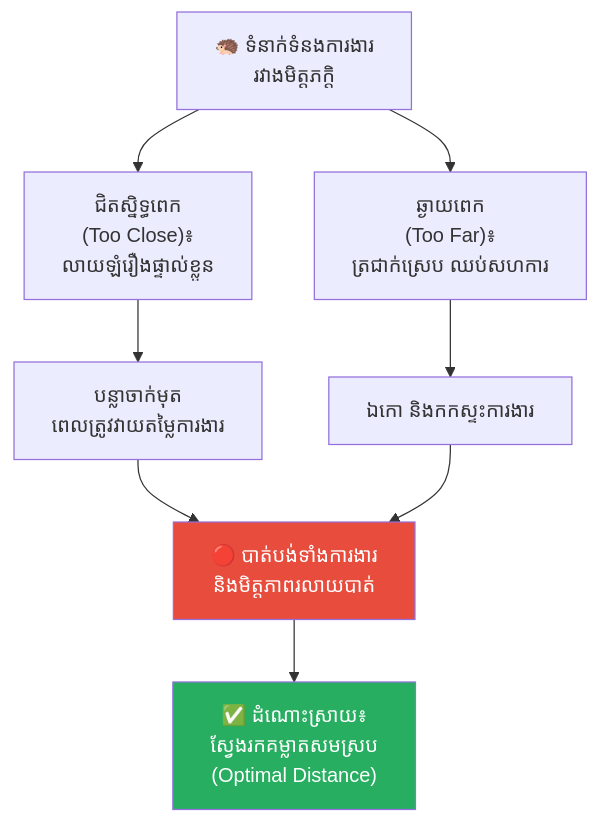
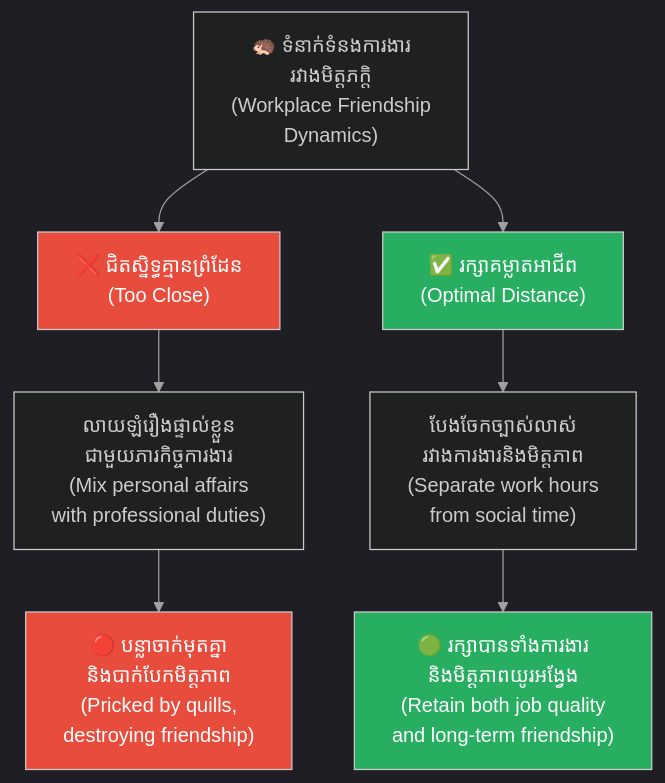
One commit to GuideStack/iblogger-feeds changed the first of 5 diagrams in feeds/concepts/articles/07-hedgehog-dilemma.md. Above: the diagram before and after it, drawn with Mermaid. The commit also changed other lines of this file, not shown here.

Commit message:
docs: upgrade 07-hedgehog-dilemma.md to bilingual layout and styled diagrams

````diff
--- a/feeds/concepts/articles/07-hedgehog-dilemma.md
+++ b/feeds/concepts/articles/07-hedgehog-dilemma.md
@@ -72,13 +111,25 @@
 ```mermaid
+%%{init: {
+  'theme': 'dark',
+  'themeVariables': {
+    'background': '#1e1e1e',
+    'primaryTextColor': '#ffffff',
+    'lineColor': '#a0a0a0'
+  },
+  'themeCSS': 'svg { background-color: #1e1e1e !important; padding: 1rem !important; border-radius: 8px !important; } .edgeLabel rect { fill: #1e1e1e !important; } text, tspan { fill: #ffffff !important; }'
+}}%%
 graph TD
-    A["🦔 ទំនាក់ទំនងការងារ<br/>រវាងមិត្តភក្តិ"] --> B["ជិតស្និទ្ធពេក<br/>(Too Close)៖<br/>លាយឡំរឿងផ្ទាល់ខ្លួន"]
-    A --> C["ឆ្ងាយពេក<br/>(Too Far)៖<br/>ត្រជាក់ស្រេប ឈប់សហការ"]
-    B --> D["បន្លាចាក់មុត<br/>ពេលត្រូវវាយតម្លៃការងារ"]
-    C --> E["ឯកោ និងកកស្ទះការងារ"]
-    D --> F["🔴 បាត់បង់ទាំងការងារ<br/>និងមិត្តភាពរលាយបាត់"]
-    E --> F
-    F --> G["✅ ដំណោះស្រាយ៖<br/>ស្វែងរកគម្លាតសមស្រប<br/>(Optimal Distance)"]
+    A["🦔 ទំនាក់ទំនងការងារ<br/>រវាងមិត្តភក្តិ<br/>(Workplace Friendship<br/>Dynamics)"] --> B1["❌ ជិតស្និទ្ធគ្មានព្រំដែន<br/>(Too Close)"]
+    A --> B2["✅ រក្សាគម្លាតអាជីព<br/>(Optimal Distance)"]
 
-    style F fill:#e74c3c,color:#fff
-    style G fill:#27ae60,color:#fff
+    B1 --> C1["លាយឡំរឿងផ្ទាល់ខ្លួន<br/>ជាមួយភារកិច្ចការងារ<br/>(Mix personal affairs<br/>with professional duties)"]
+    C1 --> D1["🔴 បន្លាចាក់មុតគ្នា<br/>និងបាក់បែកមិត្តភាព<br/>(Pricked by quills,<br/>destroying friendship)"]
+
+    B2 --> C2["បែងចែកច្បាស់លាស់<br/>រវាងការងារនិងមិត្តភាព<br/>(Separate work hours<br/>from social time)"]
+    C2 --> D2["🟢 រក្សាបានទាំងការងារ<br/>និងមិត្តភាពយូរអង្វែង<br/>(Retain both job quality<br/>and long-term friendship)"]
+
+    style B1 fill:#e74c3c,color:#fff
+    style B2 fill:#27ae60,color:#fff
+    style D1 fill:#e74c3c,color:#fff
+    style D2 fill:#27ae60,color:#fff
 ```
````
